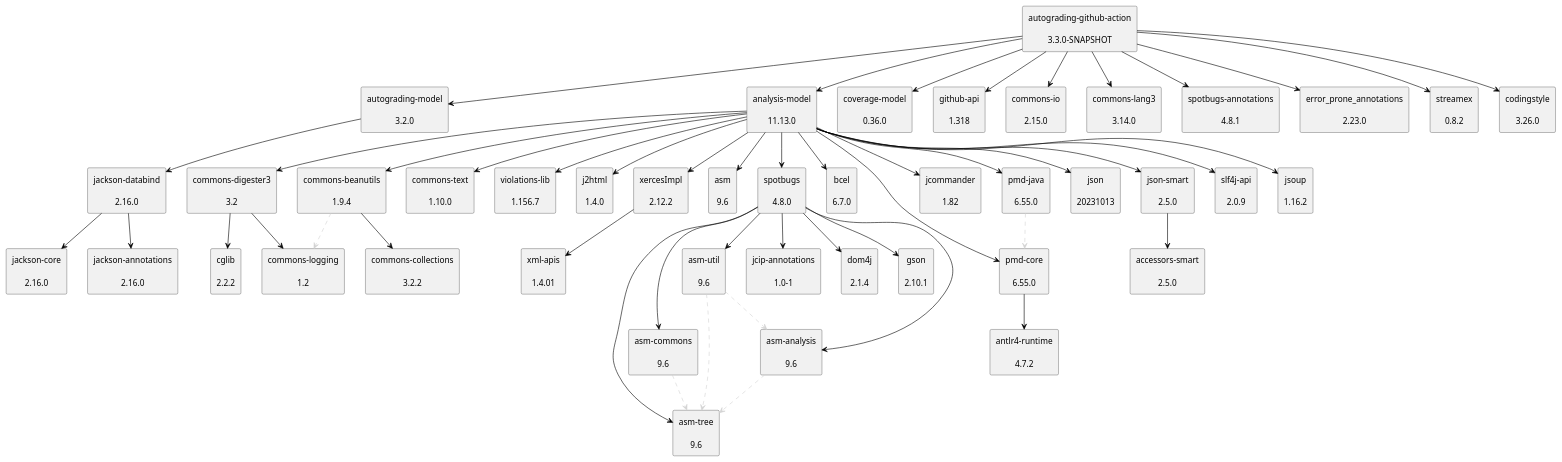
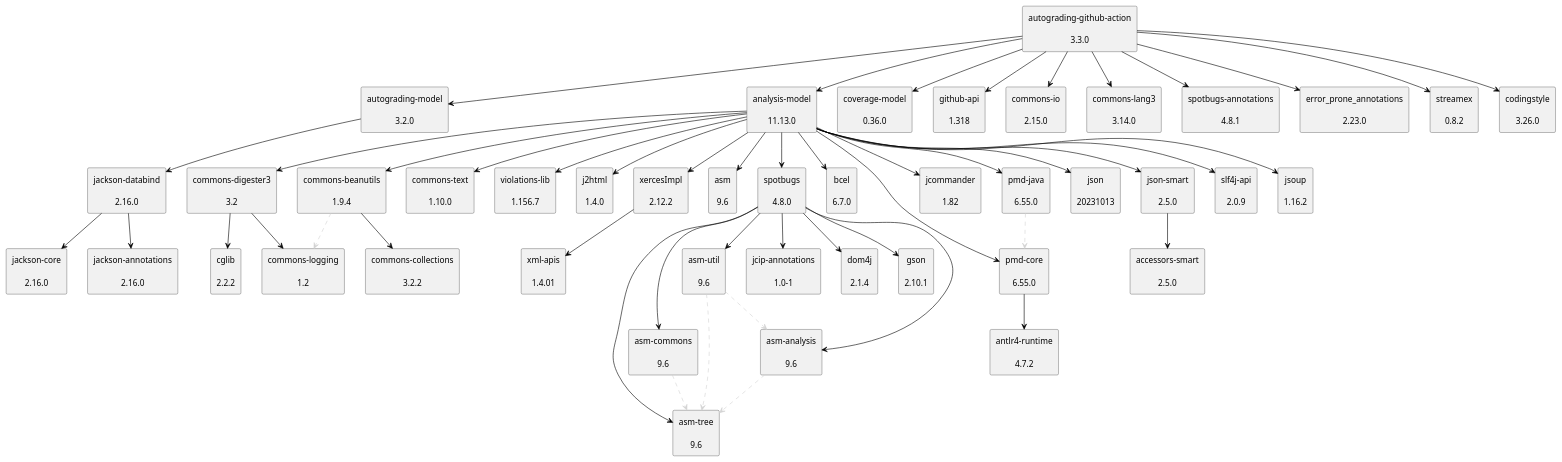
One commit to uhafner/autograding-github-action changed the diagram in doc/dependency-graph.puml. Above: the diagram before and after it, drawn with PlantUML. The commit also changed 4 other files, not shown here.

```diff
--- a/doc/dependency-graph.puml
+++ b/doc/dependency-graph.puml
@@ -1,100 +1,100 @@
 @startuml
 skinparam defaultTextAlignment center
 skinparam rectangle {
   BackgroundColor<<optional>> beige
   BackgroundColor<<test>> lightGreen
   BackgroundColor<<runtime>> lightBlue
   BackgroundColor<<provided>> lightGray
 }
 rectangle "jackson-databind\n\n2.16.0" as com_fasterxml_jackson_core_jackson_databind_jar
 rectangle "jackson-annotations\n\n2.16.0" as com_fasterxml_jackson_core_jackson_annotations_jar
 rectangle "jackson-core\n\n2.16.0" as com_fasterxml_jackson_core_jackson_core_jar
 rectangle "autograding-model\n\n3.2.0" as edu_hm_hafner_autograding_model_jar
-rectangle "autograding-github-action\n\n3.3.0-SNAPSHOT" as edu_hm_hafner_autograding_github_action_jar
+rectangle "autograding-github-action\n\n3.3.0" as edu_hm_hafner_autograding_github_action_jar
 rectangle "analysis-model\n\n11.13.0" as edu_hm_hafner_analysis_model_jar
 rectangle "jsoup\n\n1.16.2" as org_jsoup_jsoup_jar
 rectangle "commons-digester3\n\n3.2" as org_apache_commons_commons_digester3_jar
 rectangle "cglib\n\n2.2.2" as cglib_cglib_jar
 rectangle "commons-logging\n\n1.2" as commons_logging_commons_logging_jar
 rectangle "commons-beanutils\n\n1.9.4" as commons_beanutils_commons_beanutils_jar
 rectangle "commons-collections\n\n3.2.2" as commons_collections_commons_collections_jar
 rectangle "commons-text\n\n1.10.0" as org_apache_commons_commons_text_jar
 rectangle "violations-lib\n\n1.156.7" as se_bjurr_violations_violations_lib_jar
 rectangle "j2html\n\n1.4.0" as com_j2html_j2html_jar
 rectangle "xercesImpl\n\n2.12.2" as xerces_xercesImpl_jar
 rectangle "xml-apis\n\n1.4.01" as xml_apis_xml_apis_jar
 rectangle "asm\n\n9.6" as org_ow2_asm_asm_jar
 rectangle "asm-analysis\n\n9.6" as org_ow2_asm_asm_analysis_jar
 rectangle "asm-tree\n\n9.6" as org_ow2_asm_asm_tree_jar
 rectangle "spotbugs\n\n4.8.0" as com_github_spotbugs_spotbugs_jar
 rectangle "asm-commons\n\n9.6" as org_ow2_asm_asm_commons_jar
 rectangle "asm-util\n\n9.6" as org_ow2_asm_asm_util_jar
 rectangle "jcip-annotations\n\n1.0-1" as com_github_stephenc_jcip_jcip_annotations_jar
 rectangle "dom4j\n\n2.1.4" as org_dom4j_dom4j_jar
 rectangle "gson\n\n2.10.1" as com_google_code_gson_gson_jar
 rectangle "bcel\n\n6.7.0" as org_apache_bcel_bcel_jar
 rectangle "pmd-core\n\n6.55.0" as net_sourceforge_pmd_pmd_core_jar
 rectangle "antlr4-runtime\n\n4.7.2" as org_antlr_antlr4_runtime_jar
 rectangle "jcommander\n\n1.82" as com_beust_jcommander_jar
 rectangle "pmd-java\n\n6.55.0" as net_sourceforge_pmd_pmd_java_jar
 rectangle "json\n\n20231013" as org_json_json_jar
 rectangle "json-smart\n\n2.5.0" as net_minidev_json_smart_jar
 rectangle "accessors-smart\n\n2.5.0" as net_minidev_accessors_smart_jar
 rectangle "slf4j-api\n\n2.0.9" as org_slf4j_slf4j_api_jar
 rectangle "coverage-model\n\n0.36.0" as edu_hm_hafner_coverage_model_jar
 rectangle "github-api\n\n1.318" as org_kohsuke_github_api_jar
 rectangle "commons-io\n\n2.15.0" as commons_io_commons_io_jar
 rectangle "commons-lang3\n\n3.14.0" as org_apache_commons_commons_lang3_jar
 rectangle "spotbugs-annotations\n\n4.8.1" as com_github_spotbugs_spotbugs_annotations_jar
 rectangle "error_prone_annotations\n\n2.23.0" as com_google_errorprone_error_prone_annotations_jar
 rectangle "streamex\n\n0.8.2" as one_util_streamex_jar
 rectangle "codingstyle\n\n3.26.0" as edu_hm_hafner_codingstyle_jar
 com_fasterxml_jackson_core_jackson_databind_jar -[#000000]-> com_fasterxml_jackson_core_jackson_annotations_jar
 com_fasterxml_jackson_core_jackson_databind_jar -[#000000]-> com_fasterxml_jackson_core_jackson_core_jar
 edu_hm_hafner_autograding_model_jar -[#000000]-> com_fasterxml_jackson_core_jackson_databind_jar
 edu_hm_hafner_autograding_github_action_jar -[#000000]-> edu_hm_hafner_autograding_model_jar
 edu_hm_hafner_analysis_model_jar -[#000000]-> org_jsoup_jsoup_jar
 org_apache_commons_commons_digester3_jar -[#000000]-> cglib_cglib_jar
 org_apache_commons_commons_digester3_jar -[#000000]-> commons_logging_commons_logging_jar
 edu_hm_hafner_analysis_model_jar -[#000000]-> org_apache_commons_commons_digester3_jar
 commons_beanutils_commons_beanutils_jar .[#D3D3D3].> commons_logging_commons_logging_jar
 commons_beanutils_commons_beanutils_jar -[#000000]-> commons_collections_commons_collections_jar
 edu_hm_hafner_analysis_model_jar -[#000000]-> commons_beanutils_commons_beanutils_jar
 edu_hm_hafner_analysis_model_jar -[#000000]-> org_apache_commons_commons_text_jar
 edu_hm_hafner_analysis_model_jar -[#000000]-> se_bjurr_violations_violations_lib_jar
 edu_hm_hafner_analysis_model_jar -[#000000]-> com_j2html_j2html_jar
 xerces_xercesImpl_jar -[#000000]-> xml_apis_xml_apis_jar
 edu_hm_hafner_analysis_model_jar -[#000000]-> xerces_xercesImpl_jar
 edu_hm_hafner_analysis_model_jar -[#000000]-> org_ow2_asm_asm_jar
 org_ow2_asm_asm_analysis_jar .[#D3D3D3].> org_ow2_asm_asm_tree_jar
 com_github_spotbugs_spotbugs_jar -[#000000]-> org_ow2_asm_asm_analysis_jar
 org_ow2_asm_asm_commons_jar .[#D3D3D3].> org_ow2_asm_asm_tree_jar
 com_github_spotbugs_spotbugs_jar -[#000000]-> org_ow2_asm_asm_commons_jar
 com_github_spotbugs_spotbugs_jar -[#000000]-> org_ow2_asm_asm_tree_jar
 org_ow2_asm_asm_util_jar .[#D3D3D3].> org_ow2_asm_asm_tree_jar
 org_ow2_asm_asm_util_jar .[#D3D3D3].> org_ow2_asm_asm_analysis_jar
 com_github_spotbugs_spotbugs_jar -[#000000]-> org_ow2_asm_asm_util_jar
 com_github_spotbugs_spotbugs_jar -[#000000]-> com_github_stephenc_jcip_jcip_annotations_jar
 com_github_spotbugs_spotbugs_jar -[#000000]-> org_dom4j_dom4j_jar
 com_github_spotbugs_spotbugs_jar -[#000000]-> com_google_code_gson_gson_jar
 edu_hm_hafner_analysis_model_jar -[#000000]-> com_github_spotbugs_spotbugs_jar
 edu_hm_hafner_analysis_model_jar -[#000000]-> org_apache_bcel_bcel_jar
 net_sourceforge_pmd_pmd_core_jar -[#000000]-> org_antlr_antlr4_runtime_jar
 edu_hm_hafner_analysis_model_jar -[#000000]-> net_sourceforge_pmd_pmd_core_jar
 edu_hm_hafner_analysis_model_jar -[#000000]-> com_beust_jcommander_jar
 net_sourceforge_pmd_pmd_java_jar .[#D3D3D3].> net_sourceforge_pmd_pmd_core_jar
 edu_hm_hafner_analysis_model_jar -[#000000]-> net_sourceforge_pmd_pmd_java_jar
 edu_hm_hafner_analysis_model_jar -[#000000]-> org_json_json_jar
 net_minidev_json_smart_jar -[#000000]-> net_minidev_accessors_smart_jar
 edu_hm_hafner_analysis_model_jar -[#000000]-> net_minidev_json_smart_jar
 edu_hm_hafner_analysis_model_jar -[#000000]-> org_slf4j_slf4j_api_jar
 edu_hm_hafner_autograding_github_action_jar -[#000000]-> edu_hm_hafner_analysis_model_jar
 edu_hm_hafner_autograding_github_action_jar -[#000000]-> edu_hm_hafner_coverage_model_jar
 edu_hm_hafner_autograding_github_action_jar -[#000000]-> org_kohsuke_github_api_jar
 edu_hm_hafner_autograding_github_action_jar -[#000000]-> commons_io_commons_io_jar
 edu_hm_hafner_autograding_github_action_jar -[#000000]-> org_apache_commons_commons_lang3_jar
 edu_hm_hafner_autograding_github_action_jar -[#000000]-> com_github_spotbugs_spotbugs_annotations_jar
 edu_hm_hafner_autograding_github_action_jar -[#000000]-> com_google_errorprone_error_prone_annotations_jar
 edu_hm_hafner_autograding_github_action_jar -[#000000]-> one_util_streamex_jar
 edu_hm_hafner_autograding_github_action_jar -[#000000]-> edu_hm_hafner_codingstyle_jar
 @enduml
```
